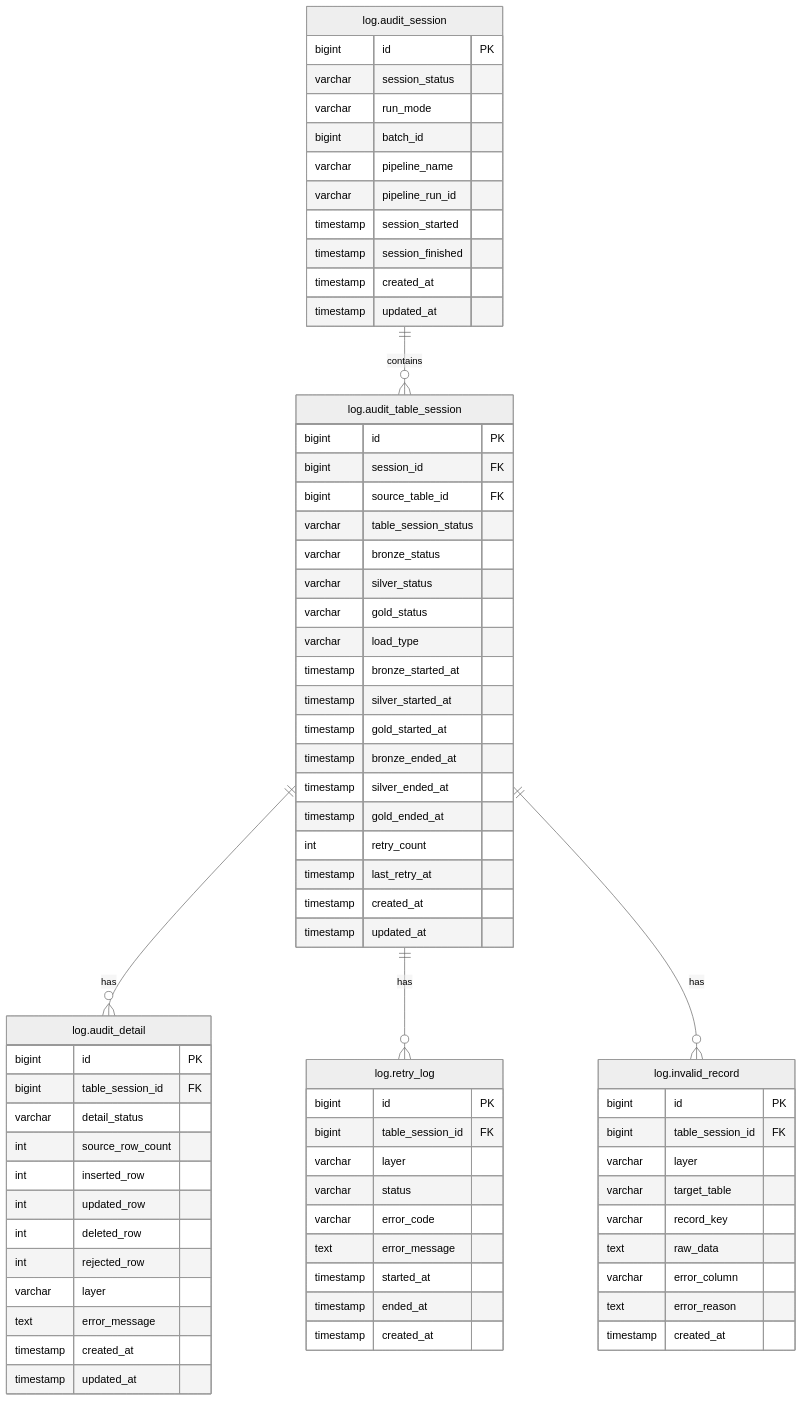
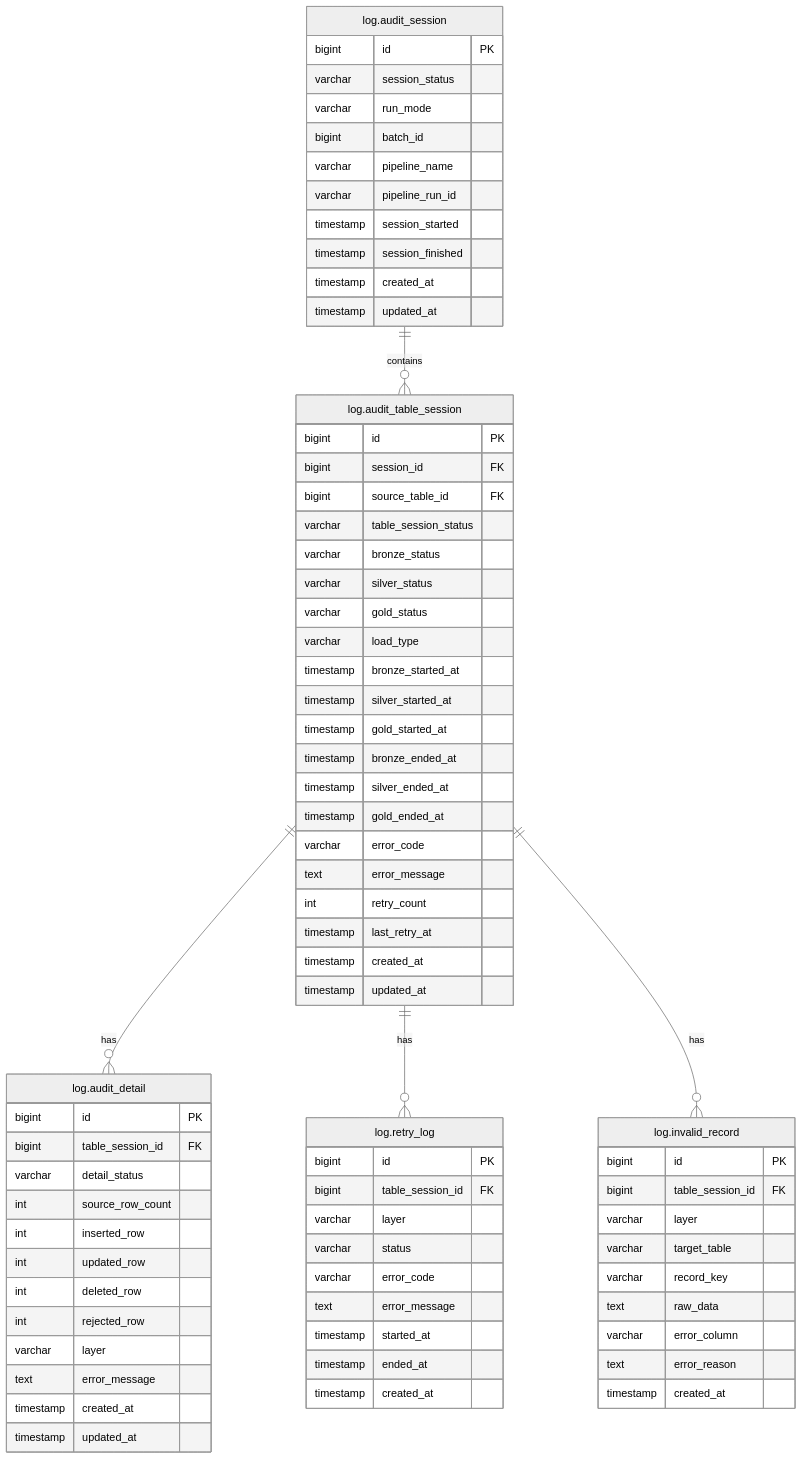
One commit to anhtnt90dev/rookies-data-dn-2026 changed the second of 2 diagrams in docs/architecture/team-1/data-workflow-control-strategy.md. Above: the diagram before and after it, drawn with Mermaid (neutral theme). The commit also changed other lines of this file, not shown here.

````diff
--- a/docs/architecture/team-1/data-workflow-control-strategy.md
+++ b/docs/architecture/team-1/data-workflow-control-strategy.md
@@ -151,80 +165,82 @@
 ```mermaid
 erDiagram
     log.audit_session ||--o{ log.audit_table_session : contains
     log.audit_table_session ||--o{ log.audit_detail : has
     log.audit_table_session ||--o{ log.retry_log : has
     log.audit_table_session ||--o{ log.invalid_record : has
 
     log.audit_session {
         bigint id PK
         varchar session_status
         varchar run_mode
         bigint batch_id
         varchar pipeline_name
         varchar pipeline_run_id
         timestamp session_started
         timestamp session_finished
         timestamp created_at
         timestamp updated_at
     }
 
     log.audit_table_session {
         bigint id PK
         bigint session_id FK
         bigint source_table_id FK
         varchar table_session_status
         varchar bronze_status
         varchar silver_status
         varchar gold_status
         varchar load_type
         timestamp bronze_started_at
         timestamp silver_started_at
         timestamp gold_started_at
         timestamp bronze_ended_at
         timestamp silver_ended_at
         timestamp gold_ended_at
+        varchar error_code
+        text error_message
         int retry_count
         timestamp last_retry_at
         timestamp created_at
         timestamp updated_at
     }
 
     log.audit_detail {
         bigint id PK
         bigint table_session_id FK
         varchar detail_status
         int source_row_count
         int inserted_row
         int updated_row
         int deleted_row
         int rejected_row
         varchar layer
         text error_message
         timestamp created_at
         timestamp updated_at
     }
 
     log.retry_log {
         bigint id PK
         bigint table_session_id FK
         varchar layer
         varchar status
         varchar error_code
         text error_message
         timestamp started_at
         timestamp ended_at
         timestamp created_at
     }
 
     log.invalid_record {
         bigint id PK
         bigint table_session_id FK
         varchar layer
         varchar target_table
         varchar record_key
         text raw_data
         varchar error_column
         text error_reason
         timestamp created_at
     }
 ```
````
